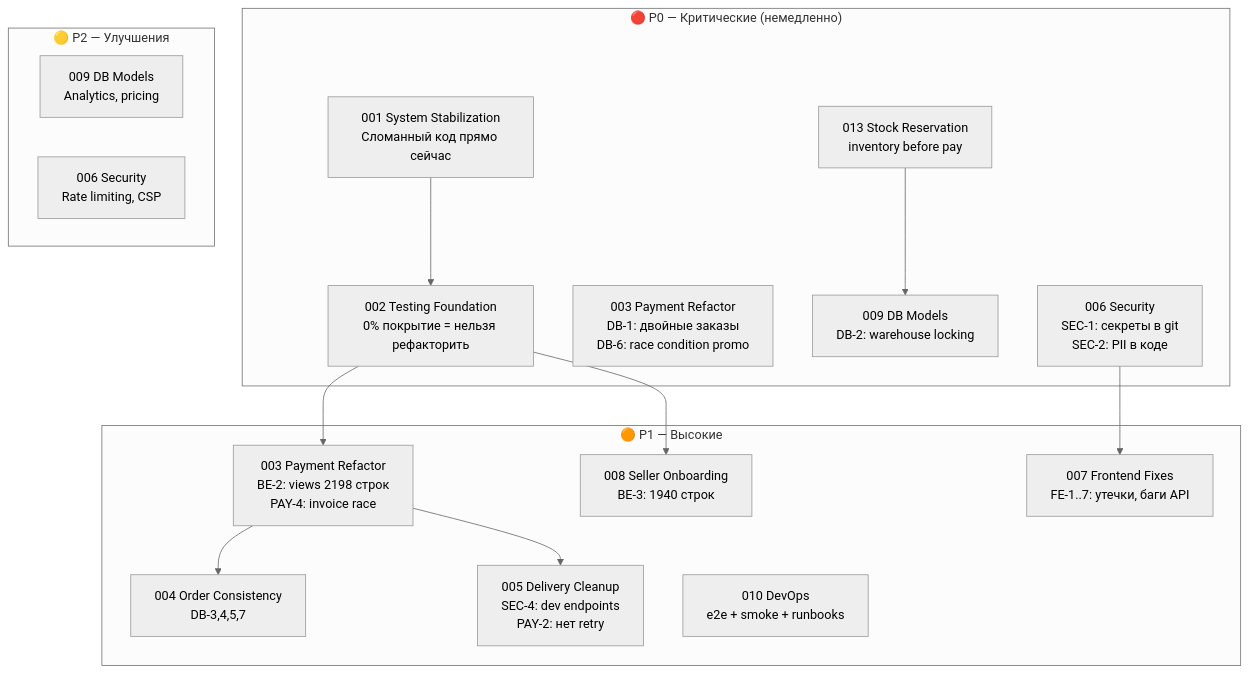
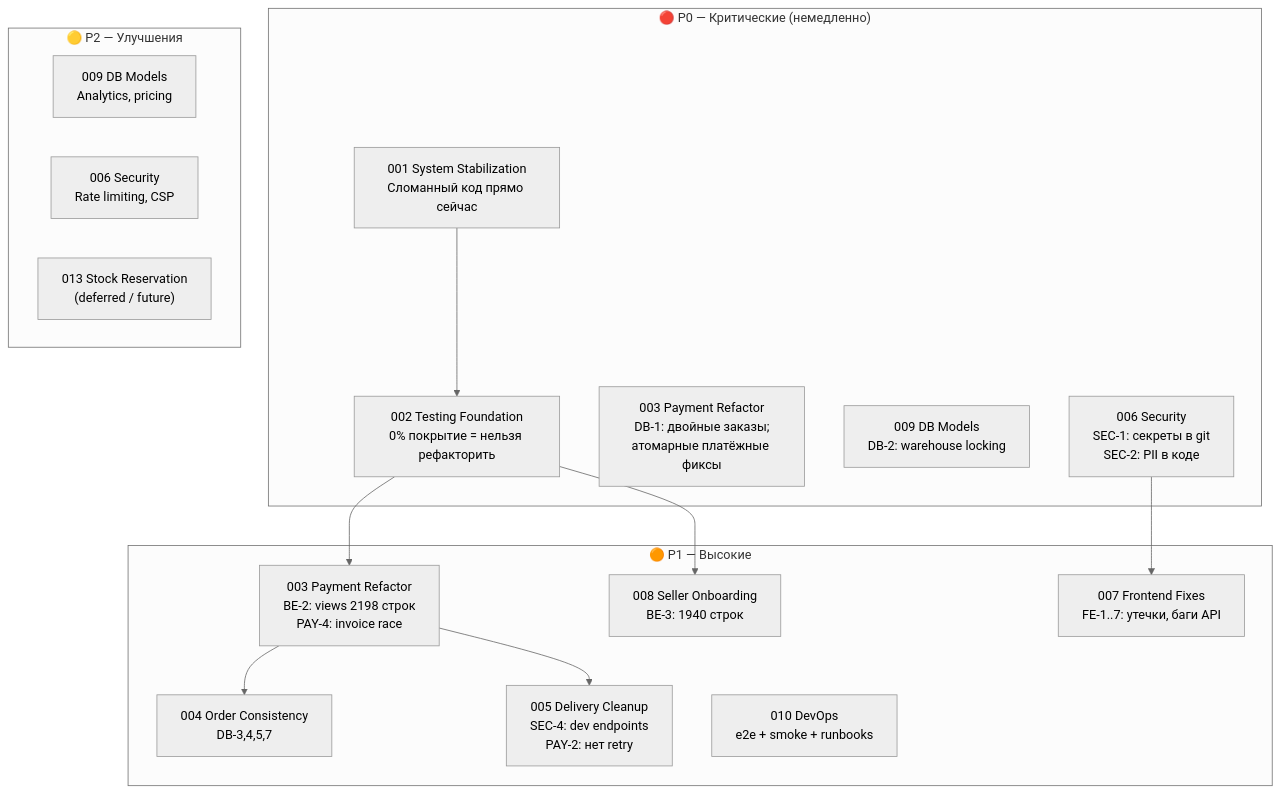
One commit to pavelchamgl/reli.one changed the first of 2 diagrams in docs/tasks/README.md. Above: the diagram before and after it, drawn with Mermaid (neutral theme). The commit also changed other lines of this file and 1 other file, not shown here.

Commit message:
docs(tasks): refocus Task 010 on infra; defer promos and stock reservation

````diff
--- a/docs/tasks/README.md
+++ b/docs/tasks/README.md
@@ -65,33 +65,32 @@
 ```mermaid
 graph TD
     subgraph P0["🔴 P0 — Критические (немедленно)"]
         T001["001 System Stabilization\nСломанный код прямо сейчас"]
         T002["002 Testing Foundation\n0% покрытие = нельзя рефакторить"]
-        T003P0["003 Payment Refactor\nDB-1: двойные заказы\nDB-6: race condition promo"]
+        T003P0["003 Payment Refactor\nDB-1: двойные заказы;\nатомарные платёжные фиксы"]
         T009P0["009 DB Models\nDB-2: warehouse locking"]
-        T013P0["013 Stock Reservation\ninventory before pay"]
         T006P0["006 Security\nSEC-1: секреты в git\nSEC-2: PII в коде"]
     end
 
     subgraph P1["🟠 P1 — Высокие"]
         T003["003 Payment Refactor\nBE-2: views 2198 строк\nPAY-4: invoice race"]
         T004["004 Order Consistency\nDB-3,4,5,7"]
         T005["005 Delivery Cleanup\nSEC-4: dev endpoints\nPAY-2: нет retry"]
         T007["007 Frontend Fixes\nFE-1..7: утечки, баги API"]
         T008["008 Seller Onboarding\nBE-3: 1940 строк"]
         T010["010 DevOps\ne2e + smoke + runbooks"]
     end
 
     subgraph P2["🟡 P2 — Улучшения"]
         T009["009 DB Models\nAnalytics, pricing"]
         T006P2["006 Security\nRate limiting, CSP"]
+        T013F["013 Stock Reservation\n(deferred / future)"]
     end
 
     T001 --> T002
     T002 --> T003
     T002 --> T008
     T003 --> T004
     T003 --> T005
-    T013P0 --> T009P0
     T006P0 --> T007
 ```
````
